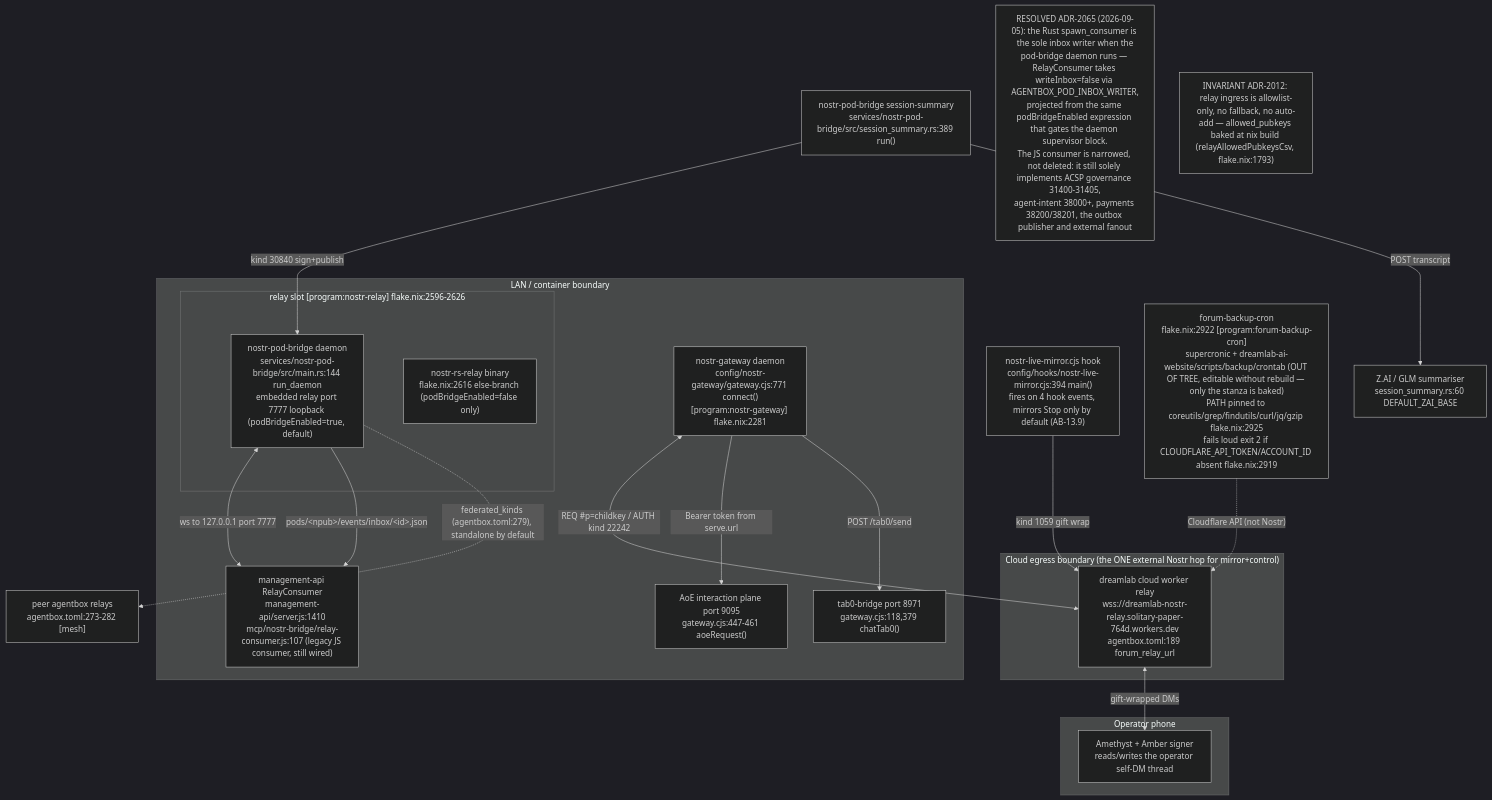
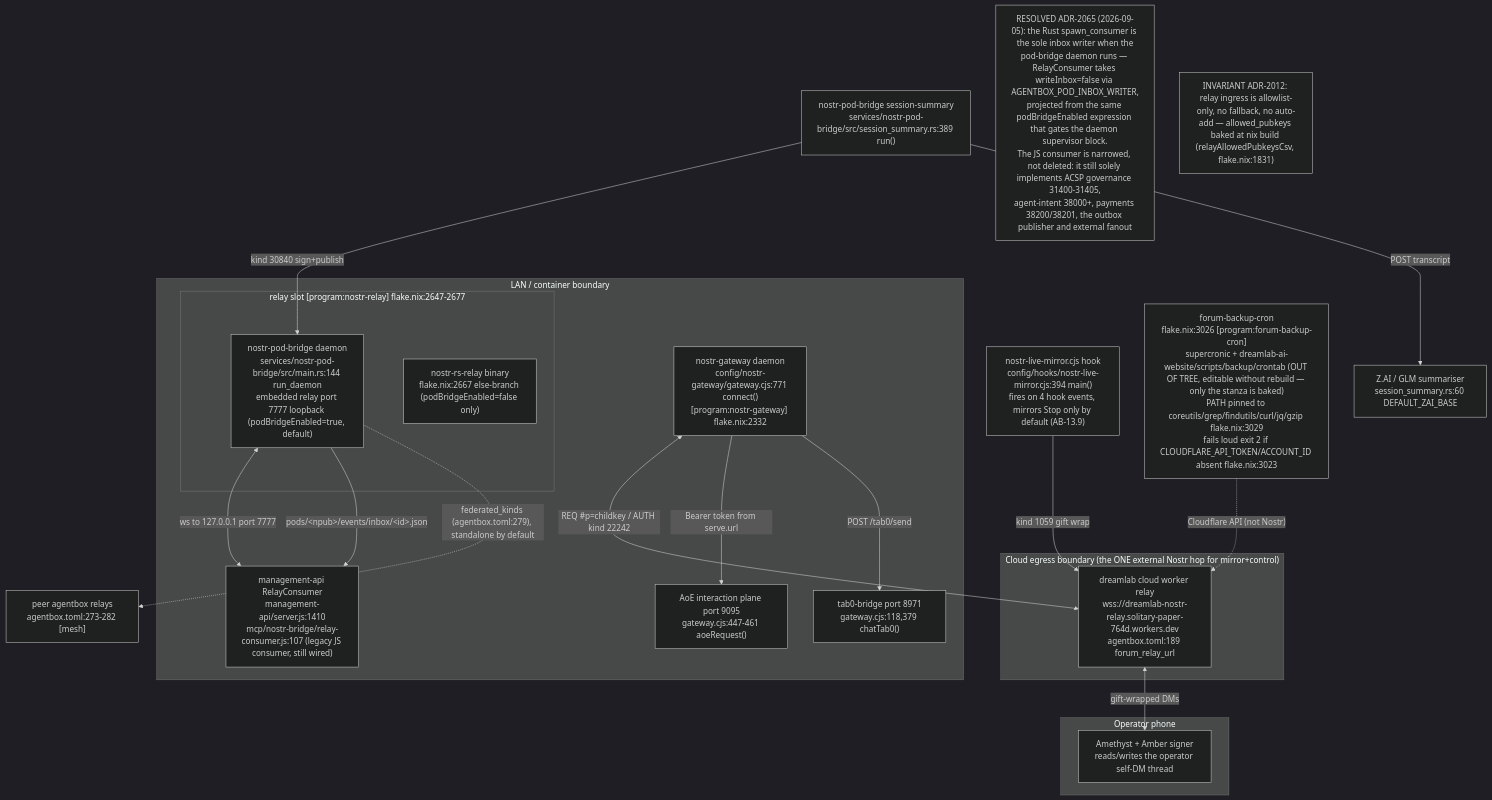
Before and after one commit to DreamLab-AI/VisionFlow: the first of 16 diagrams in docs/diagrams/agentbox/13-nostr-relay-gateway-bridge-mirror.md, drawn with Mermaid (dark theme). The commit also changed other lines of this file and 80 other files, not shown here.

First line of the commit message:
docs(diagrams): re-verify the agentbox, dreamlab, estate and visionflow corpus against current sources

````diff
--- a/docs/diagrams/agentbox/13-nostr-relay-gateway-bridge-mirror.md
+++ b/docs/diagrams/agentbox/13-nostr-relay-gateway-bridge-mirror.md
@@ -43,39 +43,39 @@
 ```mermaid
 flowchart TB
     subgraph lan["LAN / container boundary"]
-        subgraph relayslot["relay slot [program:nostr-relay] flake.nix:2596-2626"]
+        subgraph relayslot["relay slot [program:nostr-relay] flake.nix:2647-2677"]
             PB["nostr-pod-bridge daemon<br/>services/nostr-pod-bridge/src/main.rs:144 run_daemon<br/>embedded relay port 7777 loopback (podBridgeEnabled=true, default)"]
-            RS["nostr-rs-relay binary<br/>flake.nix:2616 else-branch (podBridgeEnabled=false only)"]
+            RS["nostr-rs-relay binary<br/>flake.nix:2667 else-branch (podBridgeEnabled=false only)"]
         end
-        GW["nostr-gateway daemon<br/>config/nostr-gateway/gateway.cjs:771 connect()<br/>[program:nostr-gateway] flake.nix:2281"]
+        GW["nostr-gateway daemon<br/>config/nostr-gateway/gateway.cjs:771 connect()<br/>[program:nostr-gateway] flake.nix:2332"]
         MGMT["management-api RelayConsumer<br/>management-api/server.js:1410<br/>mcp/nostr-bridge/relay-consumer.js:107 (legacy JS consumer, still wired)"]
         AOE["AoE interaction plane port 9095<br/>gateway.cjs:447-461 aoeRequest()"]
         TAB0["tab0-bridge port 8971<br/>gateway.cjs:118,379 chatTab0()"]
     end
     subgraph cloud["Cloud egress boundary (the ONE external Nostr hop for mirror+control)"]
         CLOUD["dreamlab cloud worker relay<br/>wss://dreamlab-nostr-relay.solitary-paper-764d.workers.dev<br/>agentbox.toml:189 forum_relay_url"]
     end
     subgraph phone["Operator phone"]
         AME["Amethyst + Amber signer<br/>reads/writes the operator self-DM thread"]
     end
     MIRROR["nostr-live-mirror.cjs hook<br/>config/hooks/nostr-live-mirror.cjs:394 main()<br/>fires on 4 hook events, mirrors Stop only by default (AB-13.9)"]
     DIGEST["nostr-pod-bridge session-summary<br/>services/nostr-pod-bridge/src/session_summary.rs:389 run()"]
     ZAI["Z.AI / GLM summariser<br/>session_summary.rs:60 DEFAULT_ZAI_BASE"]
-    FORUM["forum-backup-cron<br/>flake.nix:2922 [program:forum-backup-cron]<br/>supercronic + dreamlab-ai-website/scripts/backup/crontab (OUT OF TREE, editable without rebuild — only the stanza is baked)<br/>PATH pinned to coreutils/grep/findutils/curl/jq/gzip flake.nix:2925<br/>fails loud exit 2 if CLOUDFLARE_API_TOKEN/ACCOUNT_ID absent flake.nix:2919"]
+    FORUM["forum-backup-cron<br/>flake.nix:3026 [program:forum-backup-cron]<br/>supercronic + dreamlab-ai-website/scripts/backup/crontab (OUT OF TREE, editable without rebuild — only the stanza is baked)<br/>PATH pinned to coreutils/grep/findutils/curl/jq/gzip flake.nix:3029<br/>fails loud exit 2 if CLOUDFLARE_API_TOKEN/ACCOUNT_ID absent flake.nix:3023"]
     MESH["peer agentbox relays<br/>agentbox.toml:273-282 [mesh]"]
 
     MIRROR -->|"kind 1059 gift wrap"| CLOUD
     GW <-->|"REQ #p=childkey / AUTH kind 22242"| CLOUD
     CLOUD <-->|"gift-wrapped DMs"| AME
     DIGEST -->|"kind 30840 sign+publish"| PB
     DIGEST -->|"POST transcript"| ZAI
     PB <-->|"ws to 127.0.0.1 port 7777"| MGMT
     PB -->|"pods/&lt;npub&gt;/events/inbox/&lt;id&gt;.json"| MGMT
     GW -->|"Bearer token from serve.url"| AOE
     GW -->|"POST /tab0/send"| TAB0
     PB -.->|"federated_kinds (agentbox.toml:279), standalone by default"| MESH
     FORUM -.->|"Cloudflare API (not Nostr)"| CLOUD
 
 N1["RESOLVED ADR-2065 (2026-09-05): the Rust spawn_consumer is the sole inbox writer when the<br/>pod-bridge daemon runs — RelayConsumer takes writeInbox=false via AGENTBOX_POD_INBOX_WRITER,<br/>projected from the same podBridgeEnabled expression that gates the daemon supervisor block.<br/>The JS consumer is narrowed, not deleted: it still solely implements ACSP governance 31400-31405,<br/>agent-intent 38000+, payments 38200/38201, the outbox publisher and external fanout"]
-    N2["INVARIANT ADR-2012: relay ingress is allowlist-only, no fallback, no auto-add — allowed_pubkeys baked at nix build (relayAllowedPubkeysCsv, flake.nix:1793)"]
+    N2["INVARIANT ADR-2012: relay ingress is allowlist-only, no fallback, no auto-add — allowed_pubkeys baked at nix build (relayAllowedPubkeysCsv, flake.nix:1831)"]
 ```
````
